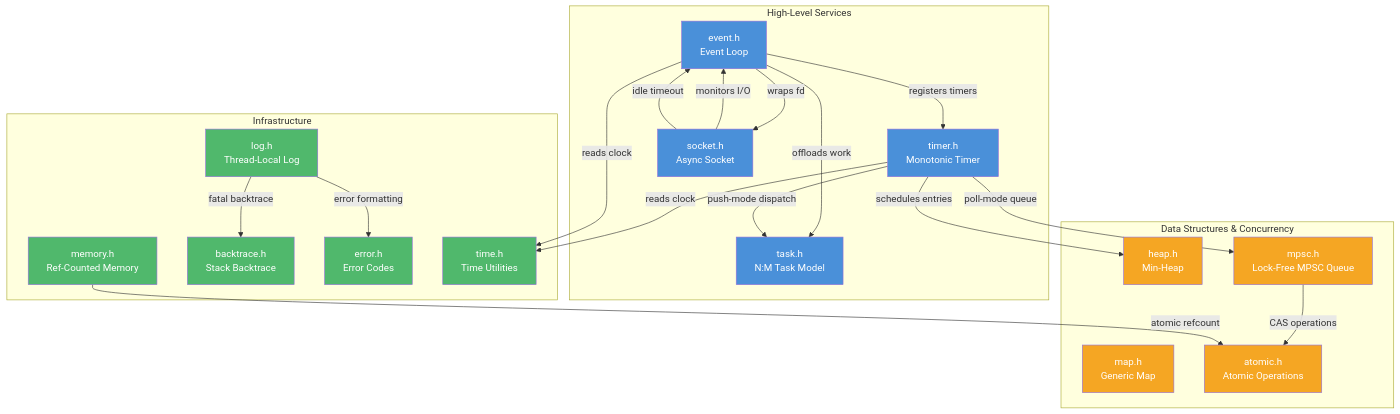
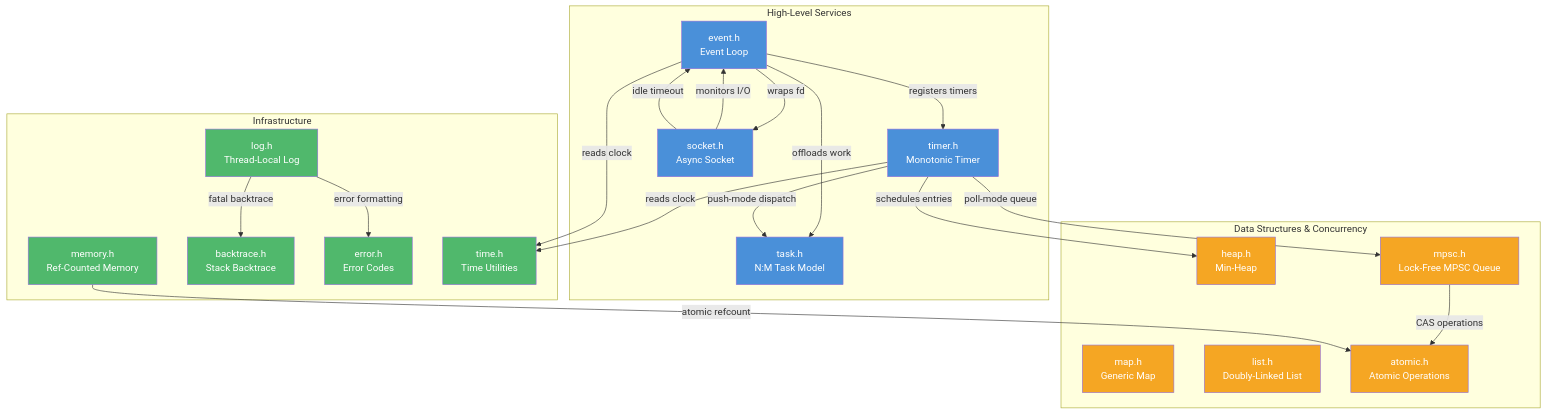
One commit to mivinci/DownloadKit changed the first of 2 diagrams in docs/modules/xbase/README.md. Above: the diagram before and after it, drawn with Mermaid. The commit also changed other lines of this file and 5 other files, not shown here.

First line of the commit message:
feat(xbase): add intrusive doubly-linked circular list (xList)

````diff
--- a/docs/modules/xbase/README.md
+++ b/docs/modules/xbase/README.md
@@ -25,57 +25,59 @@
 ```mermaid
 graph TD
     subgraph "High-Level Services"
         EVENT["event.h<br/>Event Loop"]
         TIMER["timer.h<br/>Monotonic Timer"]
         TASK["task.h<br/>N:M Task Model"]
         SOCKET["socket.h<br/>Async Socket"]
     end
 
     subgraph "Infrastructure"
         MEMORY["memory.h<br/>Ref-Counted Memory"]
         LOG["log.h<br/>Thread-Local Log"]
         BACKTRACE["backtrace.h<br/>Stack Backtrace"]
         ERROR["error.h<br/>Error Codes"]
         TIME["time.h<br/>Time Utilities"]
     end
 
     subgraph "Data Structures & Concurrency"
         HEAP["heap.h<br/>Min-Heap"]
         MAP["map.h<br/>Generic Map"]
+        LIST["list.h<br/>Doubly-Linked List"]
         MPSC["mpsc.h<br/>Lock-Free MPSC Queue"]
         ATOMIC["atomic.h<br/>Atomic Operations"]
     end
 
     EVENT -->|"registers timers"| TIMER
     EVENT -->|"offloads work"| TASK
     EVENT -->|"wraps fd"| SOCKET
     SOCKET -->|"monitors I/O"| EVENT
     SOCKET -->|"idle timeout"| EVENT
 
     TIMER -->|"schedules entries"| HEAP
     TIMER -->|"poll-mode queue"| MPSC
     TIMER -->|"push-mode dispatch"| TASK
     TIMER -->|"reads clock"| TIME
 
     MPSC -->|"CAS operations"| ATOMIC
     MEMORY -->|"atomic refcount"| ATOMIC
 
     LOG -->|"fatal backtrace"| BACKTRACE
     LOG -->|"error formatting"| ERROR
 
     EVENT -->|"reads clock"| TIME
 
     style EVENT fill:#4a90d9,color:#fff
     style TIMER fill:#4a90d9,color:#fff
     style TASK fill:#4a90d9,color:#fff
     style SOCKET fill:#4a90d9,color:#fff
     style MEMORY fill:#50b86c,color:#fff
     style LOG fill:#50b86c,color:#fff
     style BACKTRACE fill:#50b86c,color:#fff
     style ERROR fill:#50b86c,color:#fff
     style TIME fill:#50b86c,color:#fff
     style HEAP fill:#f5a623,color:#fff
     style MAP fill:#f5a623,color:#fff
+    style LIST fill:#f5a623,color:#fff
     style MPSC fill:#f5a623,color:#fff
     style ATOMIC fill:#f5a623,color:#fff
 ```
````
